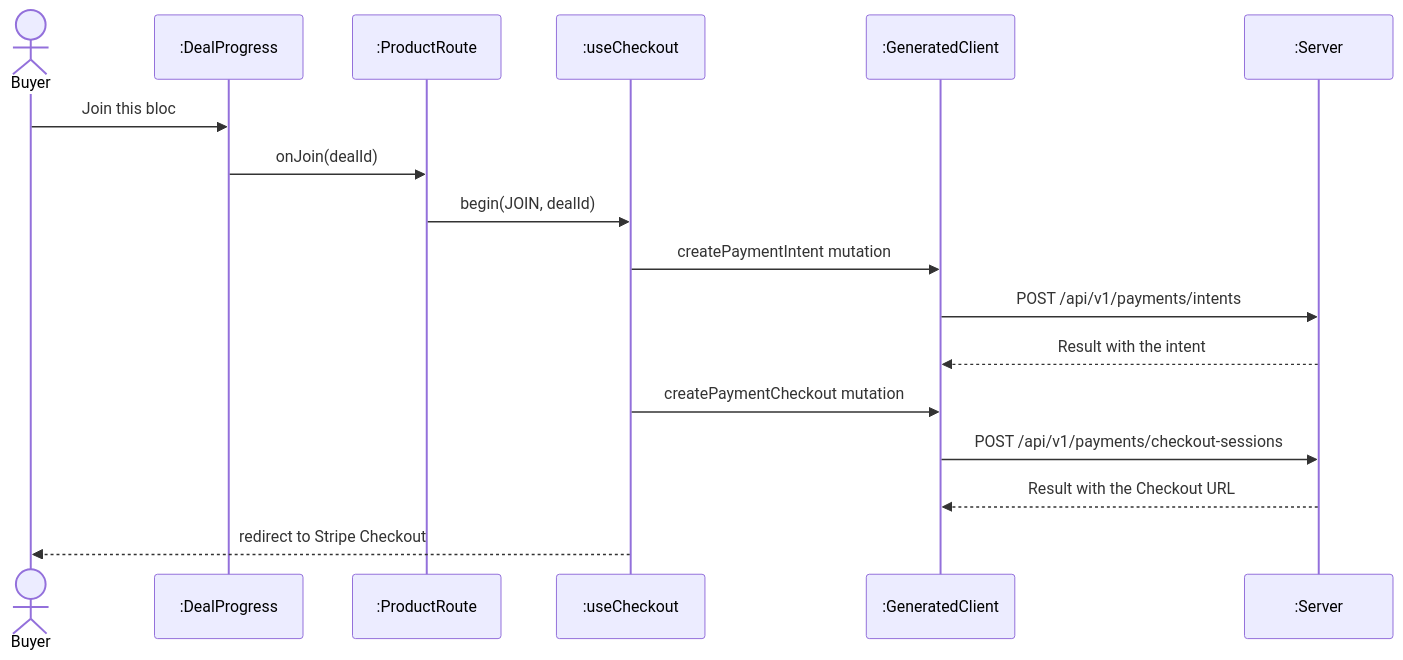
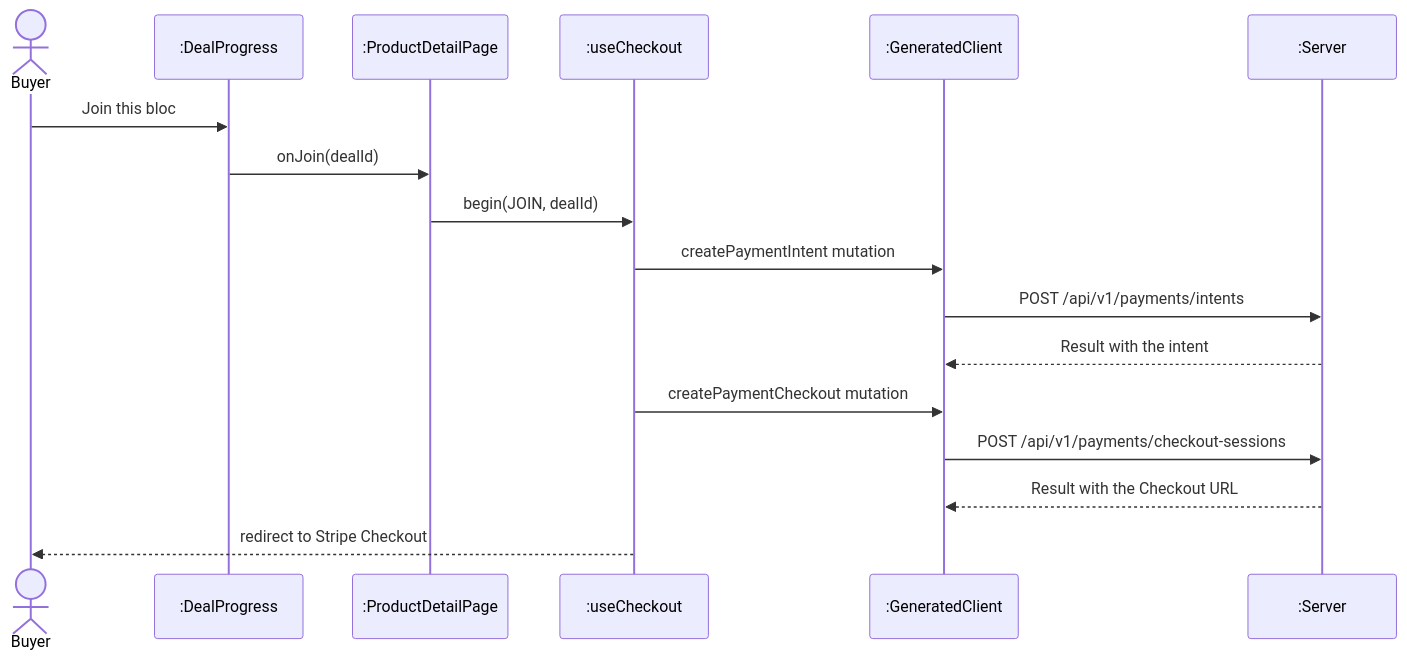
One commit to PPsyrius/iss-groupbuy-team8 changed the fourth of 14 diagrams in docs/swe5006/report-drafts/transition-strategies.md. Above: the diagram before and after it, drawn with Mermaid. The commit also changed other lines of this file and 2 other files, not shown here.

````diff
--- a/docs/swe5006/report-drafts/transition-strategies.md
+++ b/docs/swe5006/report-drafts/transition-strategies.md
@@ -173,19 +177,19 @@
 ```mermaid
 sequenceDiagram
     actor Buyer
     participant D as :DealProgress
-    participant R as :ProductRoute
+    participant R as :ProductDetailPage
     participant H as :useCheckout
     participant C as :GeneratedClient
     participant API as :Server
     Buyer->>D: Join this bloc
     D->>R: onJoin(dealId)
     R->>H: begin(JOIN, dealId)
     H->>C: createPaymentIntent mutation
     C->>API: POST /api/v1/payments/intents
     API-->>C: Result with the intent
     H->>C: createPaymentCheckout mutation
     C->>API: POST /api/v1/payments/checkout-sessions
     API-->>C: Result with the Checkout URL
     H-->>Buyer: redirect to Stripe Checkout
 ```
````
